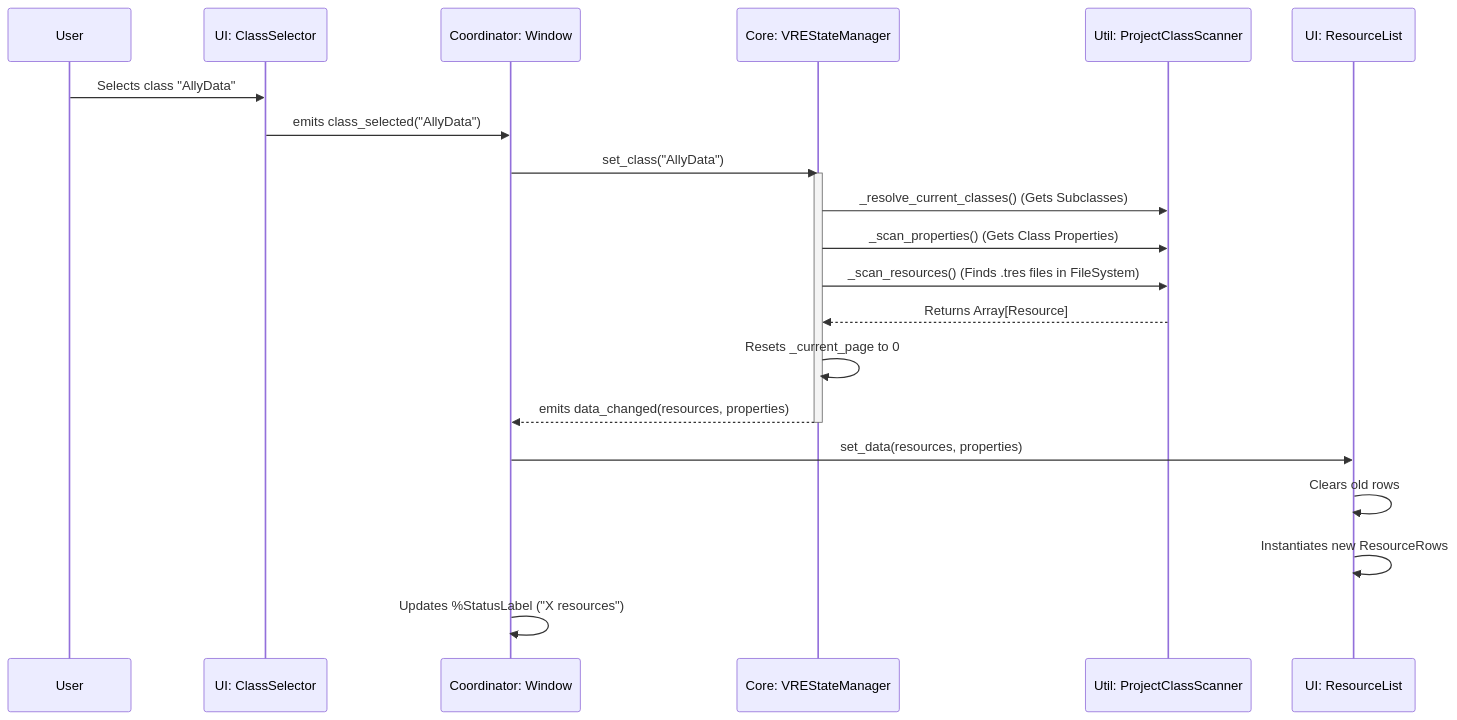
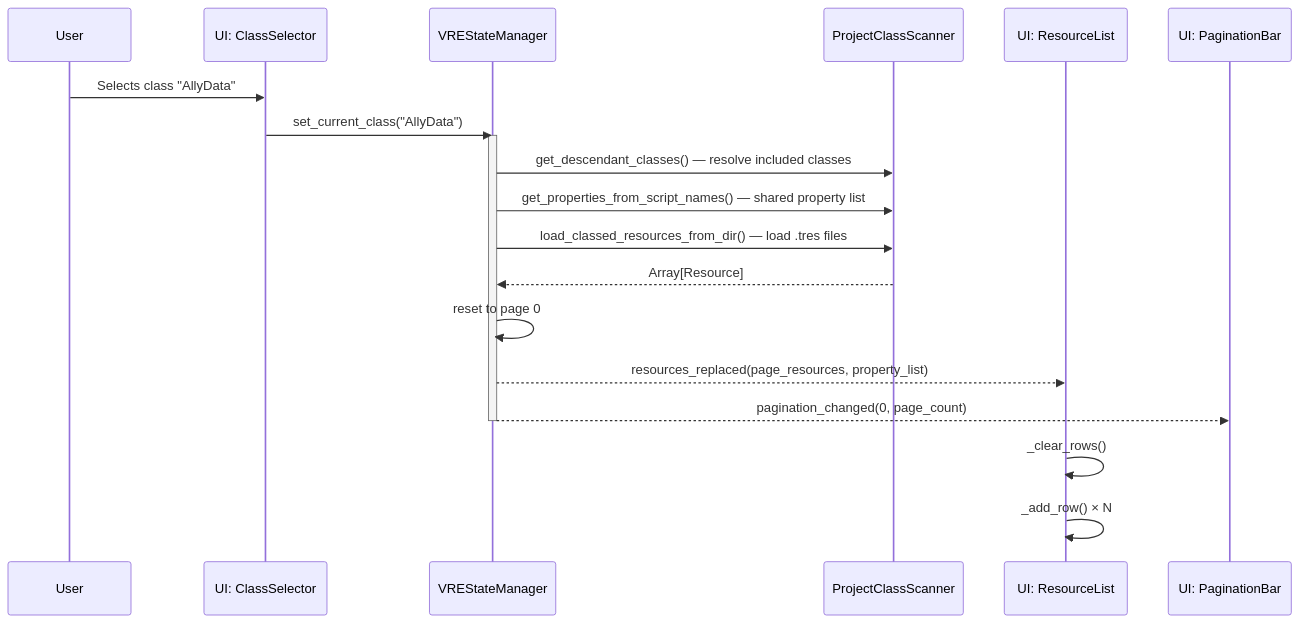
Before and after one commit to diablohumastudioadmin/data-systems-2: the third of 6 diagrams in addons/diablohumastudio/visual_resources_editor/diagrams.md, drawn with Mermaid. The commit also changed other lines of this file and 10 other files, not shown here.

First line of the commit message:
refactor(vre): split VREStateManager into focused sub-managers

````diff
--- a/addons/diablohumastudio/visual_resources_editor/diagrams.md
+++ b/addons/diablohumastudio/visual_resources_editor/diagrams.md
@@ -123,27 +121,25 @@
 ```mermaid
 sequenceDiagram
     participant User
-    participant ClassSelector as UI: ClassSelector
-    participant Window as Coordinator: Window
-    participant State as Core: VREStateManager
-    participant Scanner as Util: ProjectClassScanner
+    participant ClassSel as UI: ClassSelector
+    participant State as VREStateManager
+    participant Scanner as ProjectClassScanner
     participant ResList as UI: ResourceList
+    participant PagBar as UI: PaginationBar
 
-    User->>ClassSelector: Selects class "AllyData"
-    ClassSelector->>Window: emits class_selected("AllyData")
-    Window->>State: set_class("AllyData")
-    
+    User->>ClassSel: Selects class "AllyData"
+    ClassSel->>State: set_current_class("AllyData")
+
     activate State
-    State->>Scanner: _resolve_current_classes() (Gets Subclasses)
-    State->>Scanner: _scan_properties() (Gets Class Properties)
-    State->>Scanner: _scan_resources() (Finds .tres files in FileSystem)
-    Scanner-->>State: Returns Array[Resource]
-    State->>State: Resets _current_page to 0
-    State-->>Window: emits data_changed(resources, properties)
+    State->>Scanner: get_descendant_classes() — resolve included classes
+    State->>Scanner: get_properties_from_script_names() — shared property list
+    State->>Scanner: load_classed_resources_from_dir() — load .tres files
+    Scanner-->>State: Array[Resource]
+    State->>State: reset to page 0
+    State-->>ResList: resources_replaced(page_resources, property_list)
+    State-->>PagBar: pagination_changed(0, page_count)
     deactivate State
 
-    Window->>ResList: set_data(resources, properties)
-    ResList->>ResList: Clears old rows
-    ResList->>ResList: Instantiates new ResourceRows
-    Window->>Window: Updates %StatusLabel ("X resources")
+    ResList->>ResList: _clear_rows()
+    ResList->>ResList: _add_row() × N
 ```
````
